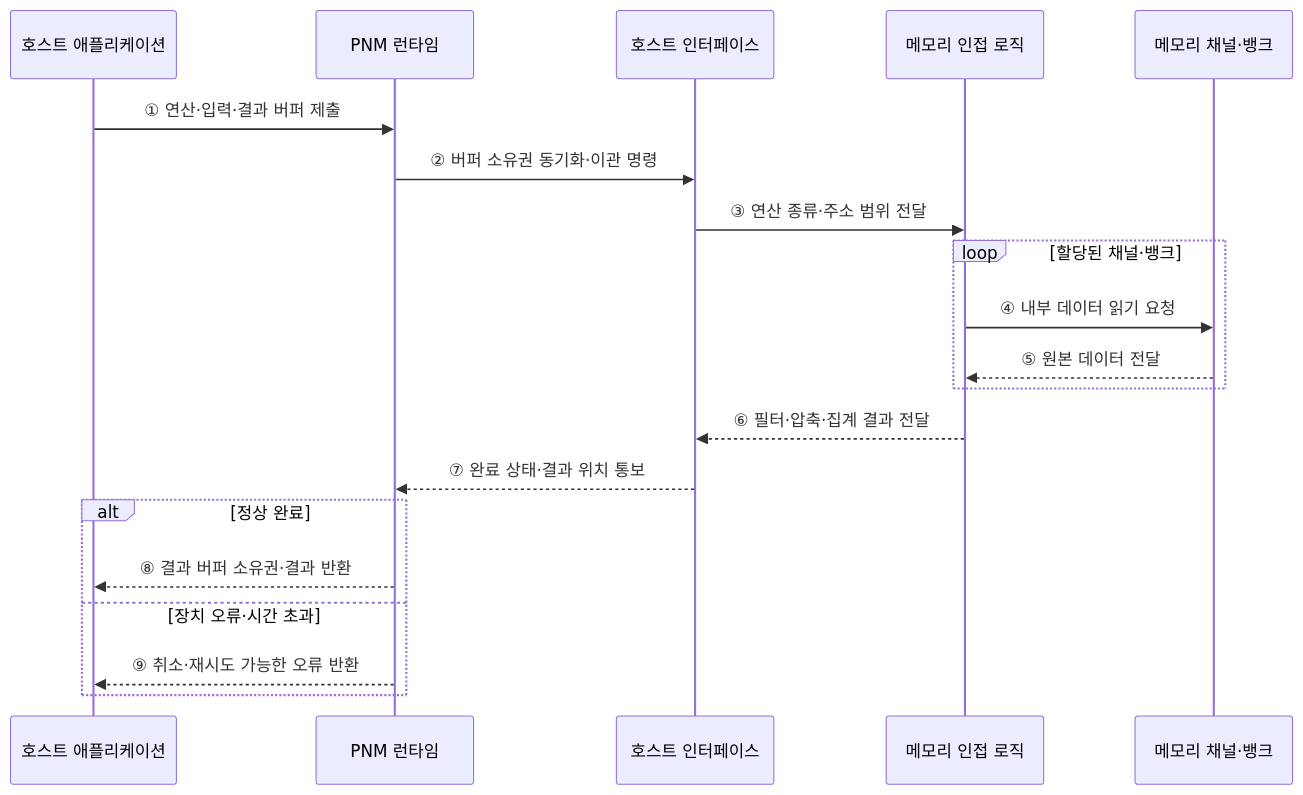
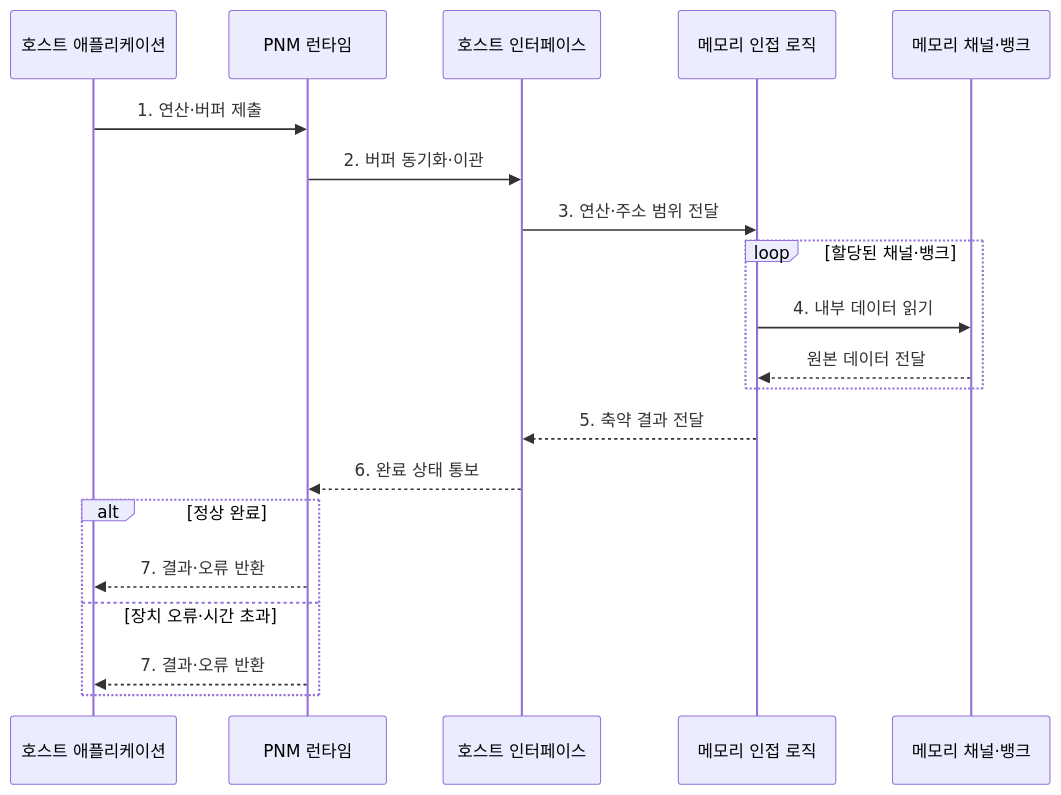
Before and after one commit to agnusdei1207/knowledge-base: the second of 2 diagrams in src/content/docs/notes/02-hardware/027_pnm.md, drawn with Mermaid. The commit also changed other lines of this file and 20 other files, not shown here.

````diff
--- a/src/content/docs/notes/02-hardware/027_pnm.md
+++ b/src/content/docs/notes/02-hardware/027_pnm.md
@@ -79,23 +83,23 @@
 ```mermaid
 sequenceDiagram
     participant H as 호스트 애플리케이션
     participant R as PNM 런타임
     participant I as 호스트 인터페이스
     participant N as 메모리 인접 로직
     participant M as 메모리 채널·뱅크
 
-    H->>R: ① 연산·입력·결과 버퍼 제출
-    R->>I: ② 버퍼 소유권 동기화·이관 명령
-    I->>N: ③ 연산 종류·주소 범위 전달
+    H->>R: 1. 연산·버퍼 제출
+    R->>I: 2. 버퍼 동기화·이관
+    I->>N: 3. 연산·주소 범위 전달
     loop 할당된 채널·뱅크
-        N->>M: ④ 내부 데이터 읽기 요청
-        M-->>N: ⑤ 원본 데이터 전달
+        N->>M: 4. 내부 데이터 읽기
+        M-->>N: 원본 데이터 전달
     end
-    N-->>I: ⑥ 필터·압축·집계 결과 전달
-    I-->>R: ⑦ 완료 상태·결과 위치 통보
+    N-->>I: 5. 축약 결과 전달
+    I-->>R: 6. 완료 상태 통보
     alt 정상 완료
-        R-->>H: ⑧ 결과 버퍼 소유권·결과 반환
+        R-->>H: 7. 결과·오류 반환
     else 장치 오류·시간 초과
-        R-->>H: ⑨ 취소·재시도 가능한 오류 반환
+        R-->>H: 7. 결과·오류 반환
     end
 ```
````
